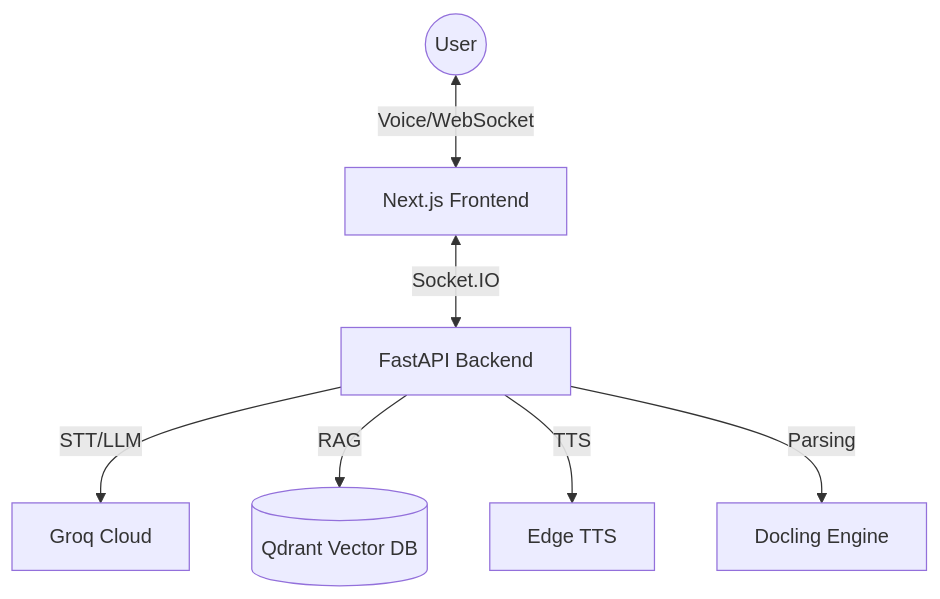
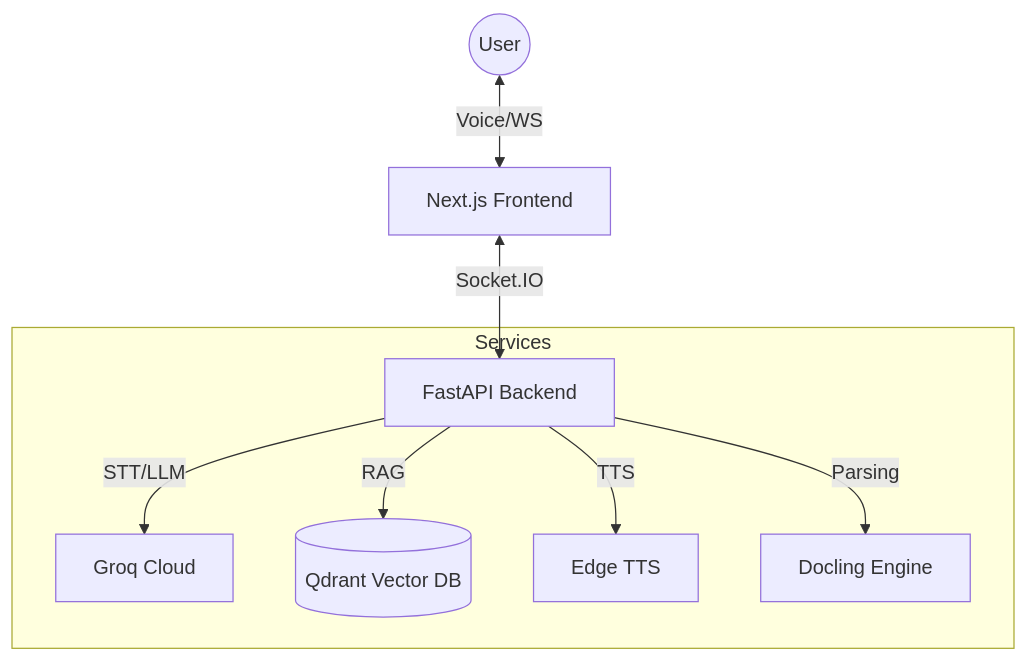
One commit to harshagarwalnyu/HackNYU-Agora changed the diagram in README.md. Above: the diagram before and after it, drawn with Mermaid. The commit also changed other lines of this file, not shown here.

````diff
--- a/README.md
+++ b/README.md
@@ -32,9 +35,11 @@
 ```mermaid
 graph TD
-    User((User)) <--> |Voice/WebSocket| FE[Next.js Frontend]
+    User((User)) <--> |Voice/WS| FE[Next.js Frontend]
     FE <--> |Socket.IO| BE[FastAPI Backend]
-    BE --> |STT/LLM| Groq[Groq Cloud]
-    BE --> |RAG| Qdrant[(Qdrant Vector DB)]
-    BE --> |TTS| Edge[Edge TTS]
-    BE --> |Parsing| Docling[Docling Engine]
+    subgraph Services
+        BE --> |STT/LLM| Groq[Groq Cloud]
+        BE --> |RAG| Qdrant[(Qdrant Vector DB)]
+        BE --> |TTS| Edge[Edge TTS]
+        BE --> |Parsing| Docling[Docling Engine]
+    end
 ```
````
